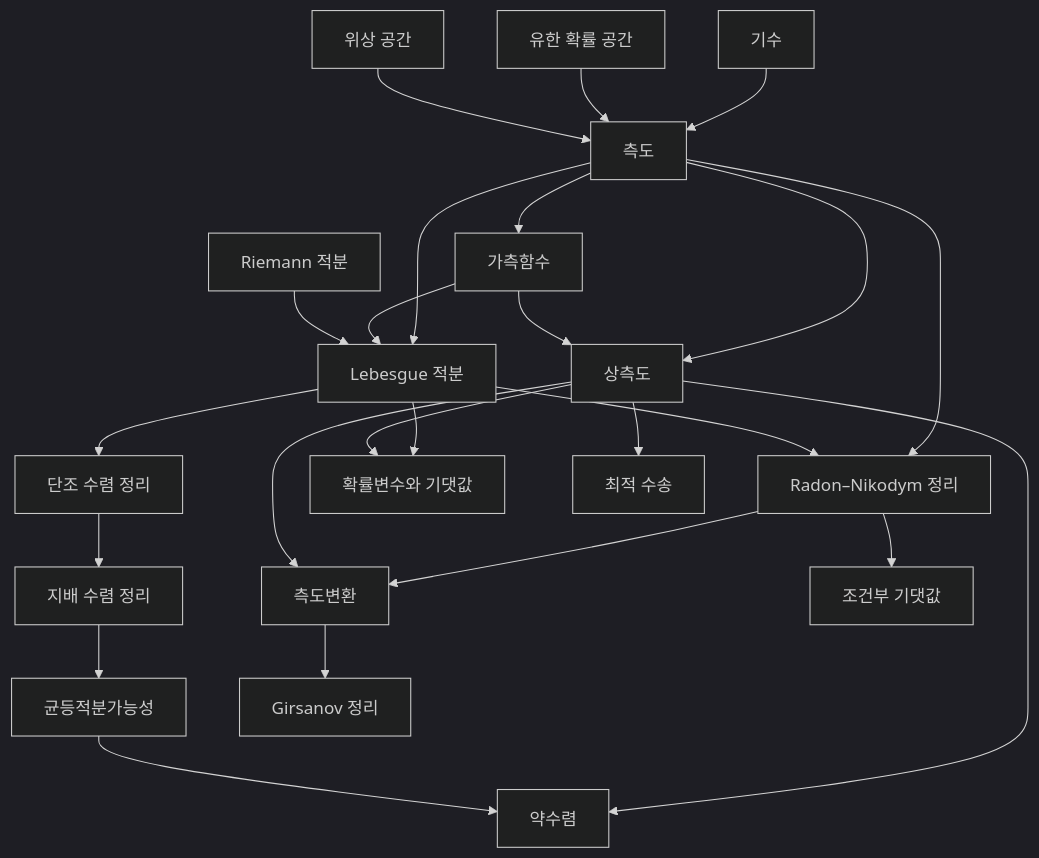
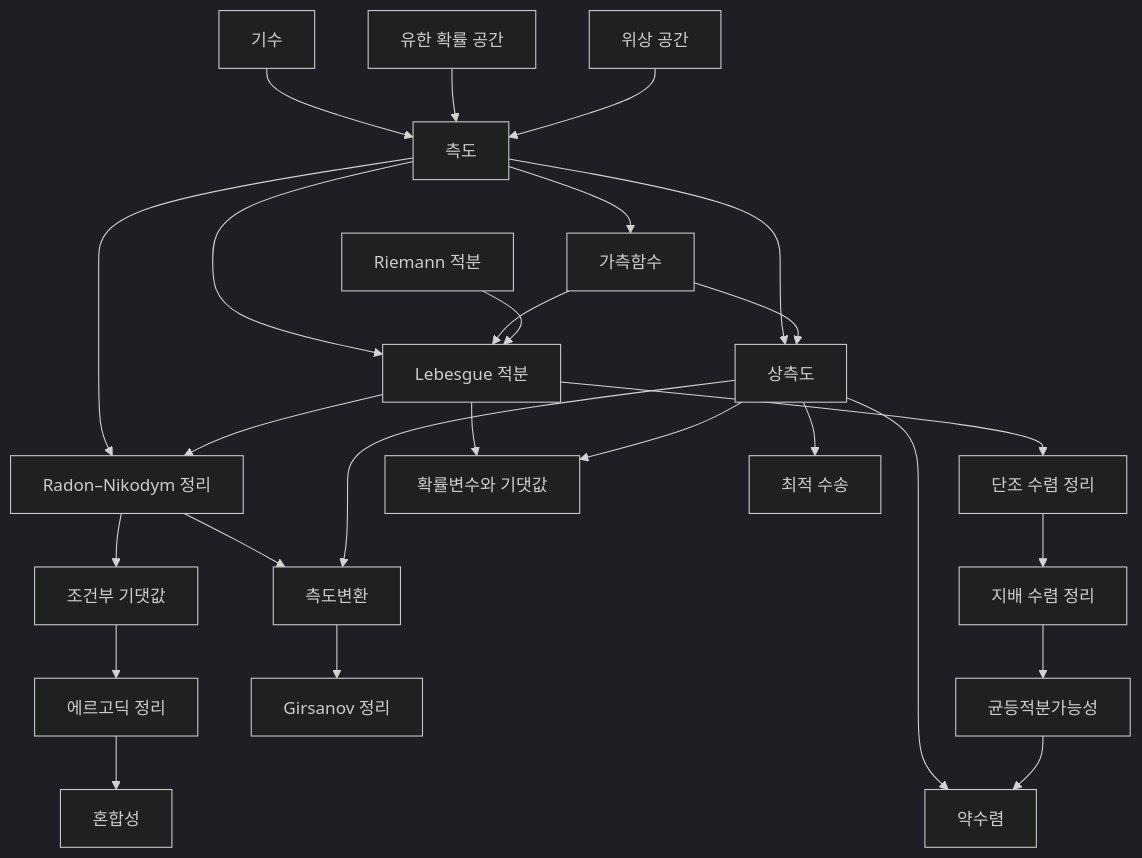
Before and after one commit to Phryxia/math-map: the diagram in docs/measure-theory-overview.md, drawn with Mermaid (dark theme).

Commit message:
extend the measure theory overview map with the ergodic and mixing nodes
Claude-Session: https://claude.ai/code/session_01ASZMS5NTyoUXTfPJ3ygZxf

````diff
--- a/docs/measure-theory-overview.md
+++ b/docs/measure-theory-overview.md
@@ -13,26 +13,28 @@
 ```mermaid
 graph TD
   CA["기수"] --> ME["측도"]
   PR["유한 확률 공간"] --> ME
   TO["위상 공간"] --> ME
   ME --> MF["가측함수"]
   ME --> LI["Lebesgue 적분"]
   MF --> LI
   RI["Riemann 적분"] --> LI
   ME --> PM["상측도"]
   MF --> PM
   ME --> RN["Radon–Nikodym 정리"]
   LI --> RN
   LI --> MC["단조 수렴 정리"]
   MC --> DC["지배 수렴 정리"]
   DC --> UI["균등적분가능성"]
   LI --> RV["확률변수와 기댓값"]
   PM --> RV
   PM --> WC["약수렴"]
   UI --> WC
   PM --> OT["최적 수송"]
   RN --> CM["측도변환"]
   PM --> CM
   RN --> CE["조건부 기댓값"]
   CM --> GS["Girsanov 정리"]
+  CE --> ET["에르고딕 정리"]
+  ET --> MX["혼합성"]
 ```
````
